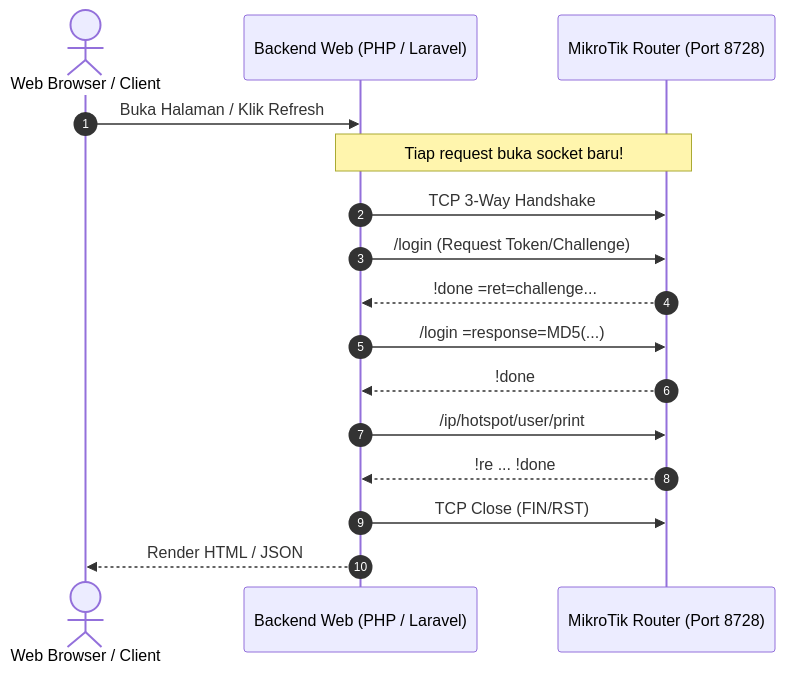
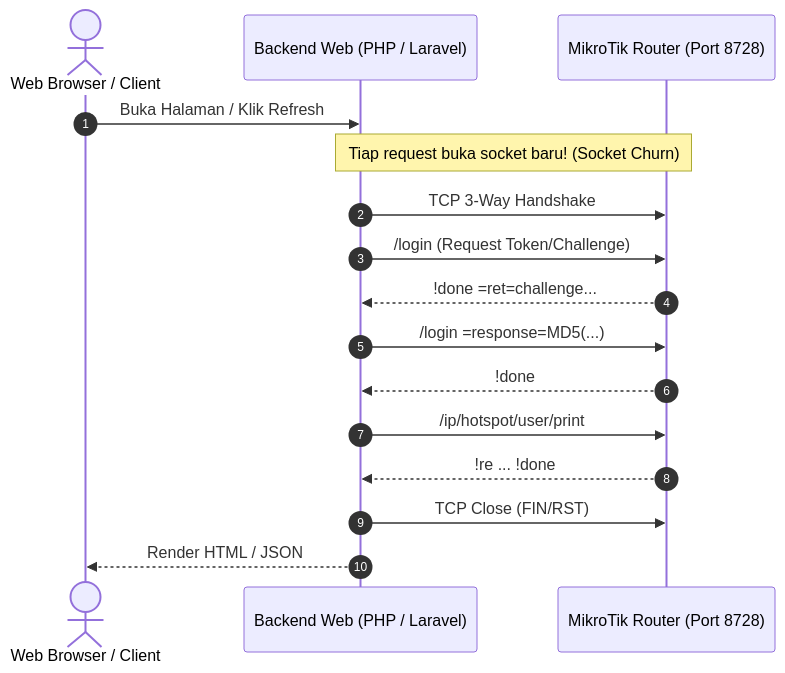
The first of 3 diagrams in docs/01-arsitektur-dan-alur.md (salman-mustapa/mikrotik-service), drawn with Mermaid before and after one commit. The commit also changed other lines of this file and 5 other files, not shown here.

Commit message:
docs: refine architecture SVG layout, update README and outline docs with enterprise NOC engineering depth

````diff
--- a/docs/01-arsitektur-dan-alur.md
+++ b/docs/01-arsitektur-dan-alur.md
@@ -11,19 +11,19 @@
 ```mermaid
 sequenceDiagram
     autonumber
     actor User as Web Browser / Client
     participant App as Backend Web (PHP / Laravel)
     participant MT as MikroTik Router (Port 8728)
 
     User->>App: Buka Halaman / Klik Refresh
-    Note over App,MT: Tiap request buka socket baru!
+    Note over App,MT: Tiap request buka socket baru! (Socket Churn)
     App->>MT: TCP 3-Way Handshake
     App->>MT: /login (Request Token/Challenge)
     MT-->>App: !done =ret=challenge...
     App->>MT: /login =response=MD5(...)
     MT-->>App: !done
     App->>MT: /ip/hotspot/user/print
     MT-->>App: !re ... !done
     App->>MT: TCP Close (FIN/RST)
     App-->>User: Render HTML / JSON
 ```
````
